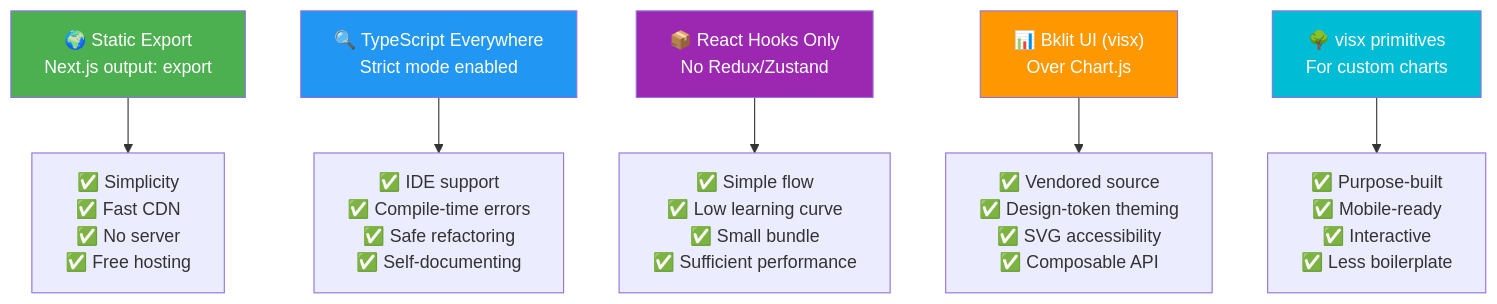
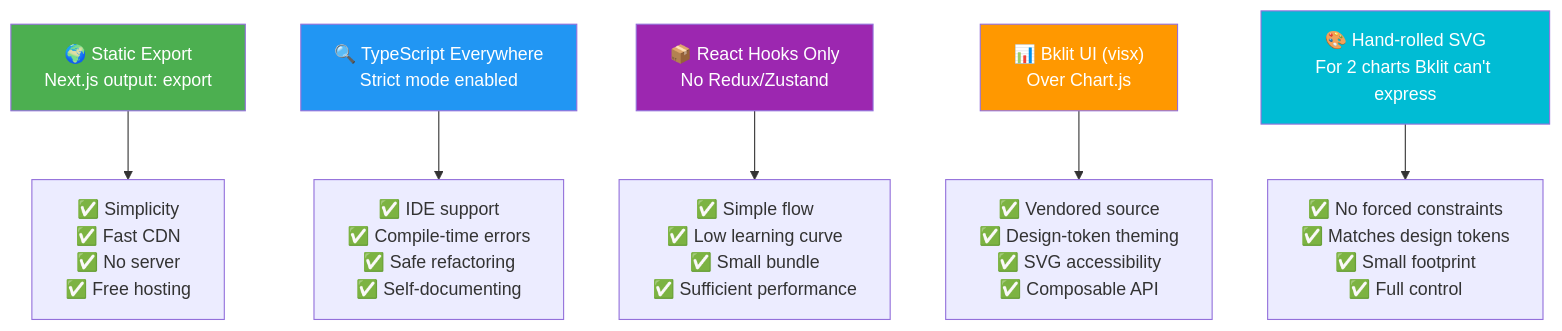
Diagram 16 of 16 in ARCHITECTURE.md (RetroHazard/JP_Immigration_Dashboard), drawn with Mermaid before and after one commit. The commit also changed other lines of this file and 4 other files, not shown here.

````diff
--- a/ARCHITECTURE.md
+++ b/ARCHITECTURE.md
@@ -707,29 +713,29 @@
 ```mermaid
 graph TD
     STATIC["🌍 Static Export<br/>Next.js output: export"]
     STATIC_PROS["✅ Simplicity<br/>✅ Fast CDN<br/>✅ No server<br/>✅ Free hosting"]
     
     TS["🔍 TypeScript Everywhere<br/>Strict mode enabled"]
     TS_PROS["✅ IDE support<br/>✅ Compile-time errors<br/>✅ Safe refactoring<br/>✅ Self-documenting"]
     
     STATE["📦 React Hooks Only<br/>No Redux/Zustand"]
     STATE_PROS["✅ Simple flow<br/>✅ Low learning curve<br/>✅ Small bundle<br/>✅ Sufficient performance"]
     
     CHARTS["📊 Bklit UI (visx)<br/>Over Chart.js"]
     CHARTS_PROS["✅ Vendored source<br/>✅ Design-token theming<br/>✅ SVG accessibility<br/>✅ Composable API"]
     
-    NIVO["🌳 visx primitives<br/>For custom charts"]
-    NIVO_PROS["✅ Purpose-built<br/>✅ Mobile-ready<br/>✅ Interactive<br/>✅ Less boilerplate"]
+    CUSTOM["🎨 Hand-rolled SVG<br/>For 2 charts Bklit can't express"]
+    CUSTOM_PROS["✅ No forced constraints<br/>✅ Matches design tokens<br/>✅ Small footprint<br/>✅ Full control"]
     
     STATIC --> STATIC_PROS
     TS --> TS_PROS
     STATE --> STATE_PROS
     CHARTS --> CHARTS_PROS
-    NIVO --> NIVO_PROS
+    CUSTOM --> CUSTOM_PROS
     
     style STATIC fill:#4CAF50,color:#fff
     style TS fill:#2196F3,color:#fff
     style STATE fill:#9C27B0,color:#fff
     style CHARTS fill:#FF9800,color:#fff
-    style NIVO fill:#00BCD4,color:#fff
+    style CUSTOM fill:#00BCD4,color:#fff
 ```
````
